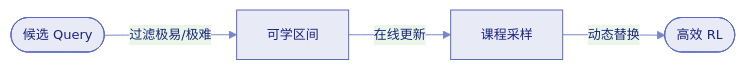
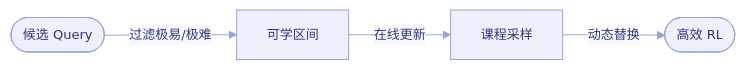
The fifth of 8 diagrams in docs/post-training/ch2/2.9-data-engineering.md (XavierZhang2002/agentic-rl-analysis), drawn with Mermaid before and after one commit. The commit also changed other lines of this file, not shown here.

First line of the commit message:
style: 优化 Mermaid 配色，去除灰色背景

````diff
--- a/docs/post-training/ch2/2.9-data-engineering.md
+++ b/docs/post-training/ch2/2.9-data-engineering.md
@@ -201,5 +201,5 @@
 ```mermaid
-%%{init: {'theme': 'base', 'themeVariables': {'primaryColor': '#e8eaf6', 'primaryTextColor': '#1a237e', 'primaryBorderColor': '#5c6bc0', 'lineColor': '#7986cb', 'fontFamily': 'Noto Sans SC, sans-serif', 'fontSize': '13px'}}}%%
+%%{init: {'theme': 'base', 'themeVariables': {'primaryColor': '#eef0fb', 'primaryTextColor': '#303680', 'primaryBorderColor': '#9ba3d6', 'lineColor': '#9ba3d6', 'secondaryColor': '#f8f8fc', 'tertiaryColor': '#ffffff', 'tertiaryBorderColor': '#d8dbe8', 'fontFamily': 'Noto Sans SC, sans-serif', 'fontSize': '13px'}}}%%
 flowchart LR
     All(["候选 Query"]) -->|"过滤极易/极难"| Mid["可学区间"] -->|"在线更新"| Curr["课程采样"] -->|"动态替换"| Eff([高效 RL])
 ```
````
